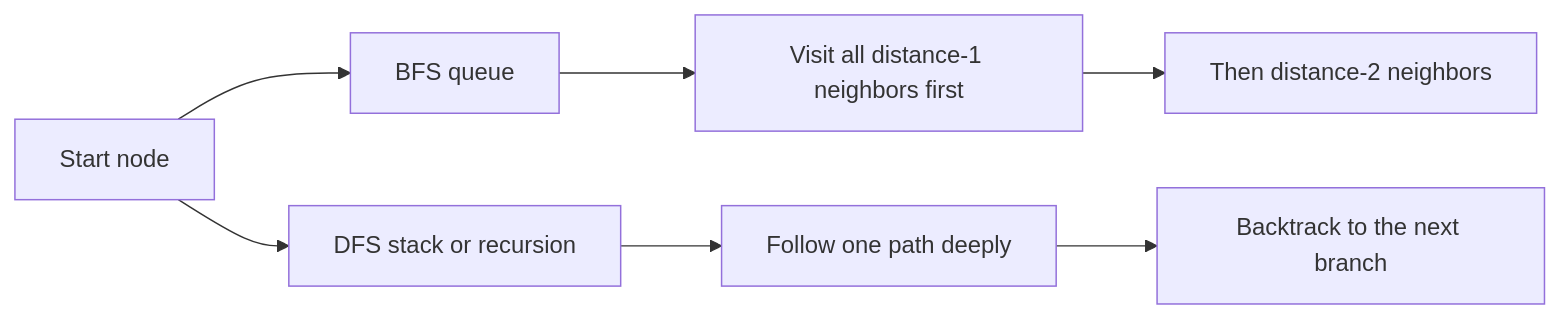
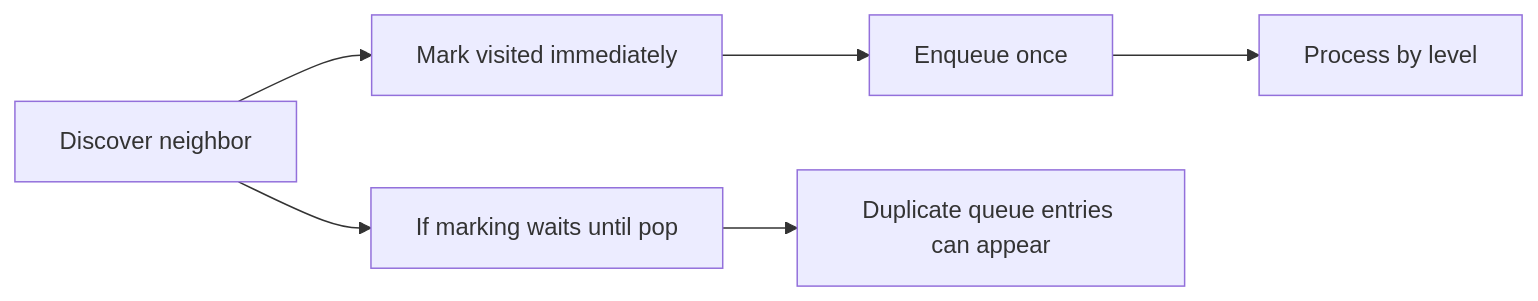
Before and after one commit to Icon1cc/Data-Structures-and-Algorithms: the second of 4 diagrams in graphs/README.md, drawn with Mermaid. The commit also changed other lines of this file and 114 other files, not shown here.

````diff
--- a/graphs/README.md
+++ b/graphs/README.md
@@ -80,9 +87,8 @@
 ```mermaid
 flowchart LR
-    S[Start node] --> Q[BFS queue]
-    S --> T[DFS stack or recursion]
-    Q --> L1[Visit all distance-1 neighbors first]
-    L1 --> L2[Then distance-2 neighbors]
-    T --> D1[Follow one path deeply]
-    D1 --> D2[Backtrack to the next branch]
+    A[Discover neighbor] --> B[Mark visited immediately]
+    B --> C[Enqueue once]
+    C --> D[Process by level]
+    A --> E[If marking waits until pop]
+    E --> F[Duplicate queue entries can appear]
 ```
````
